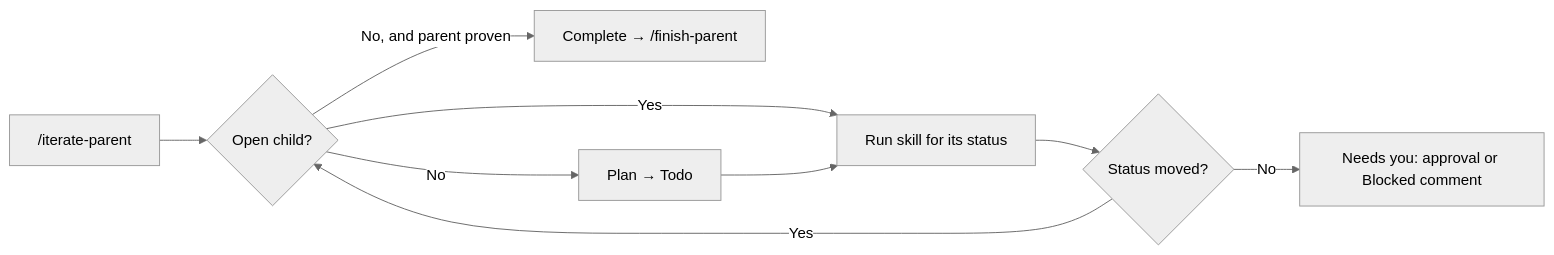
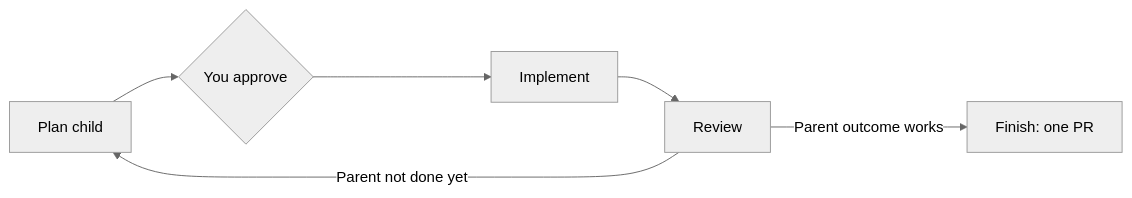
The diagram in README.md (thomas-silva/iterate), drawn with Mermaid (neutral theme) before and after one commit. The commit also changed other lines of this file and 5 other files, not shown here.

````diff
--- a/README.md
+++ b/README.md
@@ -24,11 +7,8 @@
 ```mermaid
 flowchart LR
-    Start["/iterate-parent"] --> Open{"Open child?"}
-    Open -->|No, and parent proven| Complete["Complete → /finish-parent"]
-    Open -->|No| Plan["Plan → Todo"]
-    Open -->|Yes| Run["Run skill for its status"]
-    Plan --> Run
-    Run --> Moved{"Status moved?"}
-    Moved -->|Yes| Open
-    Moved -->|No| Needs["Needs you: approval or Blocked comment"]
+    Plan["Plan child"] --> Approve{"You approve"}
+    Approve --> Implement["Implement"]
+    Implement --> Review["Review"]
+    Review -->|Parent not done yet| Plan
+    Review -->|Parent outcome works| Finish["Finish: one PR"]
 ```
````
